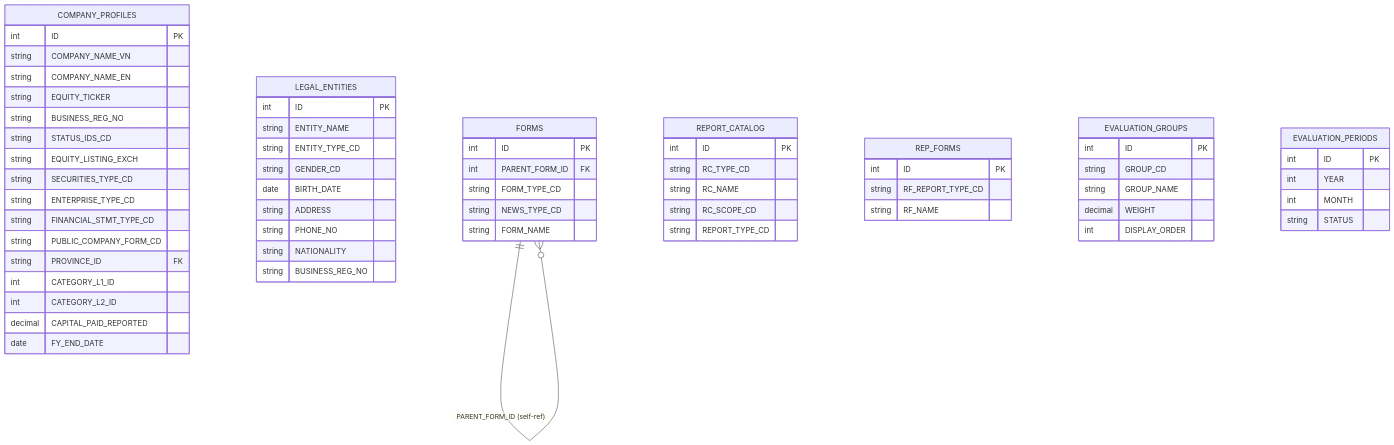
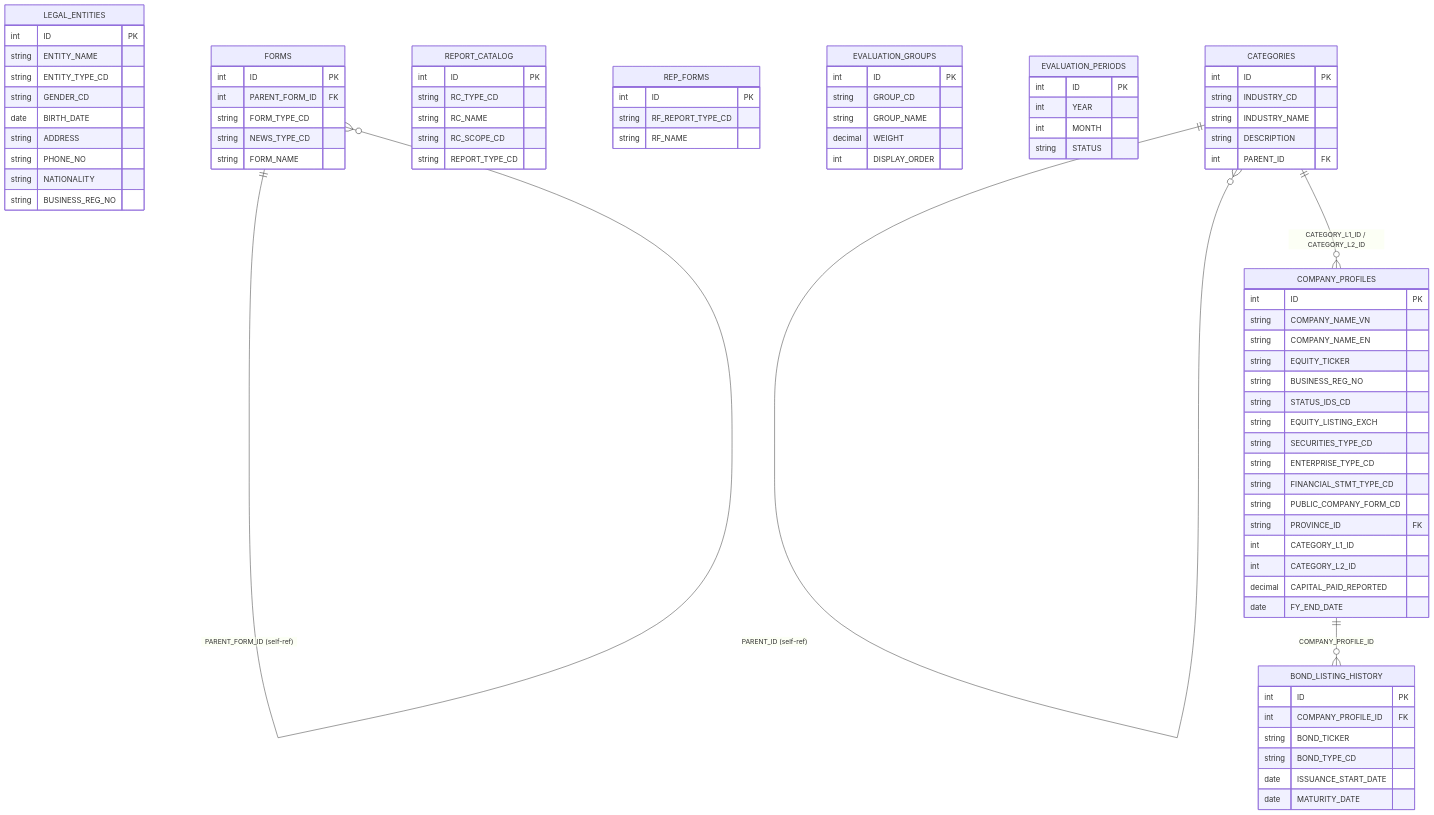
Before and after one commit to linhlvit/ubck_atomic_design: the first of 2 diagrams in DataModel/working/Atomic/hld/IDS_HLD_Tier1.md, drawn with Mermaid. The commit also changed other lines of this file and 96 other files, not shown here.

````diff
--- a/DataModel/working/Atomic/hld/IDS_HLD_Tier1.md
+++ b/DataModel/working/Atomic/hld/IDS_HLD_Tier1.md
@@ -53,7 +58,6 @@
         string NATIONALITY
         string BUSINESS_REG_NO
     }
-
 
     FORMS {
         int ID PK
@@ -92,5 +96,25 @@
         string STATUS
     }
 
+    BOND_LISTING_HISTORY {
+        int ID PK
+        int COMPANY_PROFILE_ID FK
+        string BOND_TICKER
+        string BOND_TYPE_CD
+        date ISSUANCE_START_DATE
+        date MATURITY_DATE
+    }
+
+    CATEGORIES {
+        int ID PK
+        string INDUSTRY_CD
+        string INDUSTRY_NAME
+        string DESCRIPTION
+        int PARENT_ID FK
+    }
+
+    CATEGORIES ||--o{ CATEGORIES : "PARENT_ID (self-ref)"
+    CATEGORIES ||--o{ COMPANY_PROFILES : "CATEGORY_L1_ID / CATEGORY_L2_ID"
     FORMS ||--o{ FORMS : "PARENT_FORM_ID (self-ref)"
+    COMPANY_PROFILES ||--o{ BOND_LISTING_HISTORY : "COMPANY_PROFILE_ID"
 ```
````
